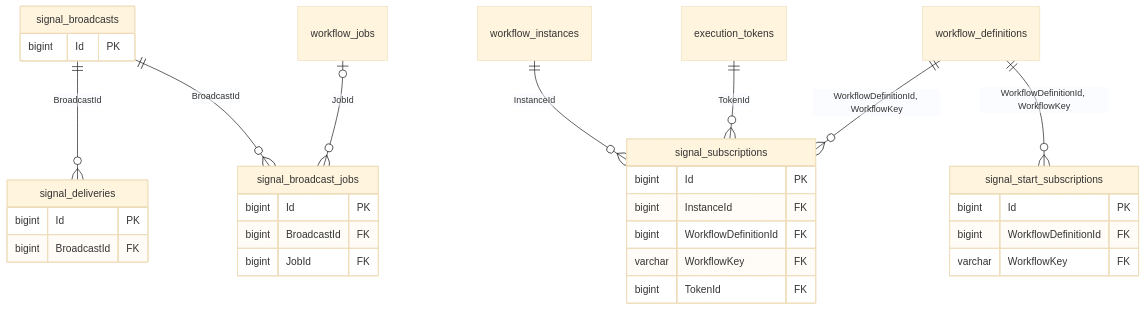
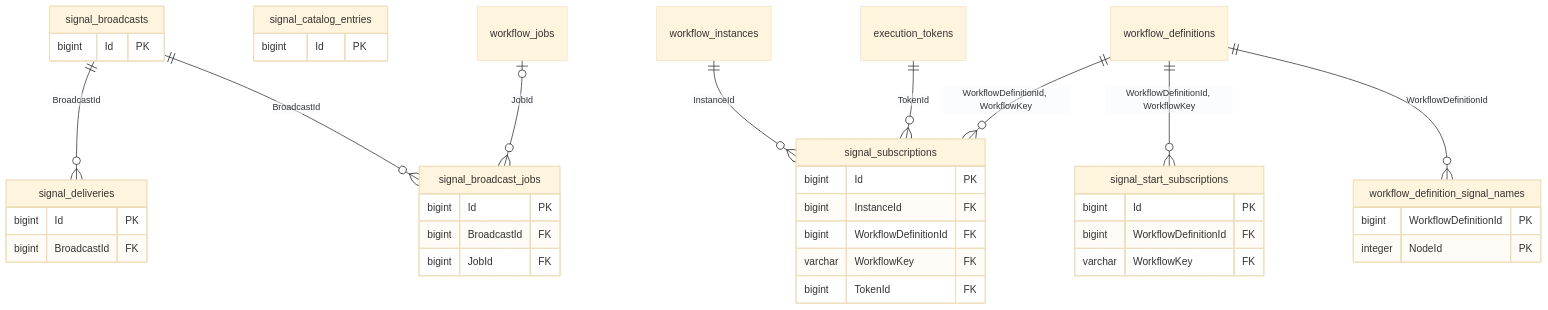
Before and after one commit to sherif-hfm/Flowbit: the ninth of 14 diagrams in docs/database-schema.md, drawn with Mermaid (base theme). The commit also changed other lines of this file and 80 other files, not shown here.

First line of the commit message:
Add the signal catalog (EVENT-04F)

````diff
--- a/docs/database-schema.md
+++ b/docs/database-schema.md
@@ -1237,34 +1241,42 @@
 ```mermaid
 erDiagram
     signal_subscriptions {
         bigint Id PK
         bigint InstanceId FK
         bigint WorkflowDefinitionId FK
         varchar WorkflowKey FK
         bigint TokenId FK
     }
     signal_start_subscriptions {
         bigint Id PK
         bigint WorkflowDefinitionId FK
         varchar WorkflowKey FK
     }
     signal_broadcasts {
         bigint Id PK
     }
     signal_deliveries {
         bigint Id PK
         bigint BroadcastId FK
     }
     signal_broadcast_jobs {
         bigint Id PK
         bigint BroadcastId FK
         bigint JobId FK
     }
+    signal_catalog_entries {
+        bigint Id PK
+    }
+    workflow_definition_signal_names {
+        bigint WorkflowDefinitionId PK
+        integer NodeId PK
+    }
     workflow_instances ||--o{ signal_subscriptions : "InstanceId"
     execution_tokens ||--o{ signal_subscriptions : "TokenId"
     workflow_definitions ||--o{ signal_subscriptions : "WorkflowDefinitionId, WorkflowKey"
     workflow_definitions ||--o{ signal_start_subscriptions : "WorkflowDefinitionId, WorkflowKey"
     signal_broadcasts ||--o{ signal_deliveries : "BroadcastId"
     signal_broadcasts ||--o{ signal_broadcast_jobs : "BroadcastId"
     workflow_jobs |o--o{ signal_broadcast_jobs : "JobId"
+    workflow_definitions ||--o{ workflow_definition_signal_names : "WorkflowDefinitionId"
 ```
````
